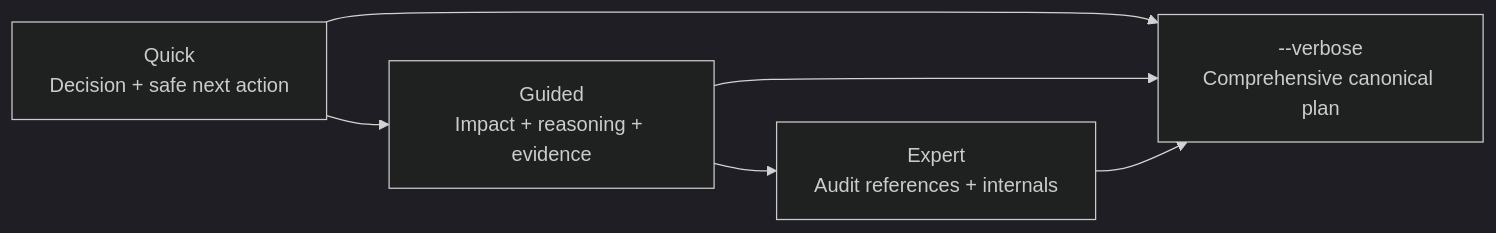
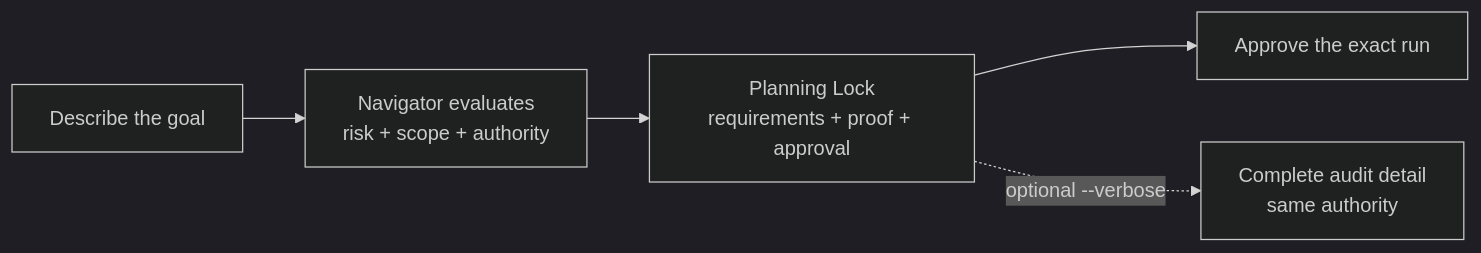
Before and after one commit to vishrutsinghal/tailr: the diagram in examples/tailtrail-test-lab/TAILTRAIL-DEMO-PROMPTS.md, drawn with Mermaid (dark theme). The commit also changed other lines of this file and 250 other files, not shown here.

````diff
--- a/examples/tailtrail-test-lab/TAILTRAIL-DEMO-PROMPTS.md
+++ b/examples/tailtrail-test-lab/TAILTRAIL-DEMO-PROMPTS.md
@@ -37,8 +48,7 @@
 ```mermaid
 flowchart LR
-    Q["Quick\nDecision + safe next action"] --> G["Guided\nImpact + reasoning + evidence"]
-    G --> E["Expert\nAudit references + internals"]
-    Q --> V["--verbose\nComprehensive canonical plan"]
-    G --> V
-    E --> V
+    U["Describe the goal"] --> N["Navigator evaluates\nrisk + scope + authority"]
+    N --> P["Planning Lock\nrequirements + proof + approval"]
+    P --> A["Approve the exact run"]
+    P -. "optional --verbose" .-> V["Complete audit detail\nsame authority"]
 ```
````
